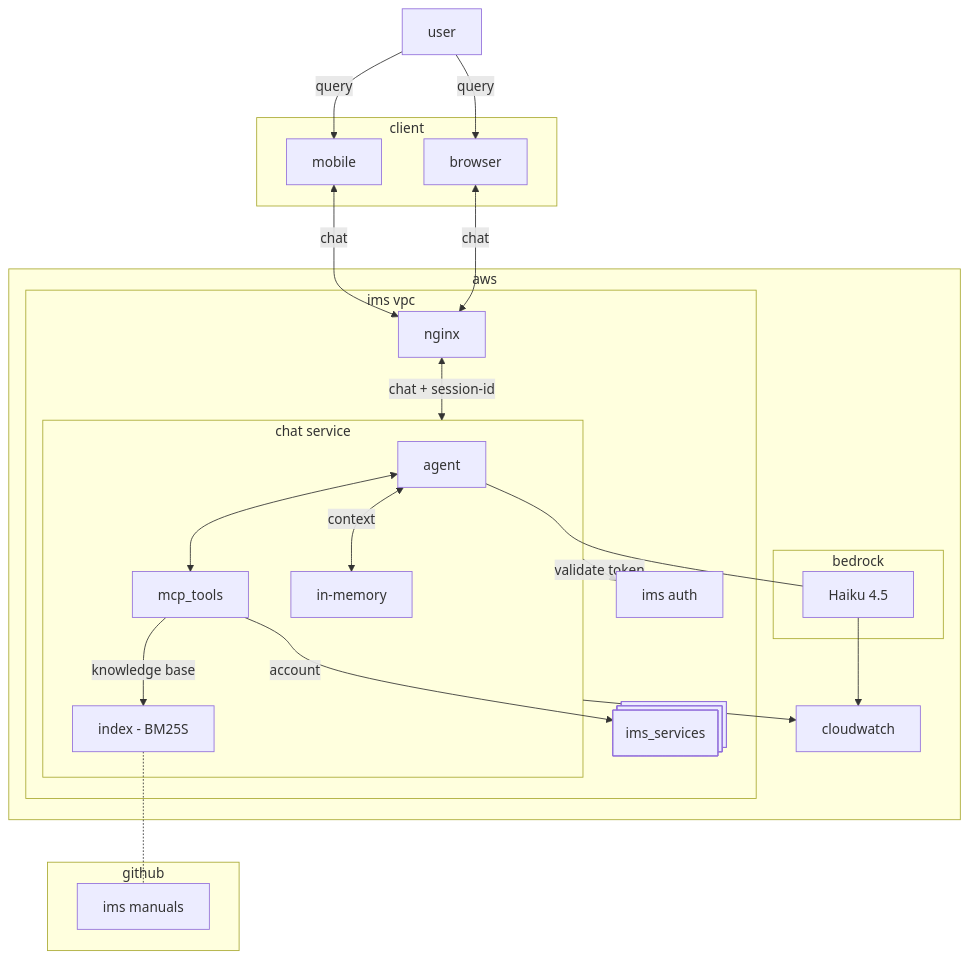
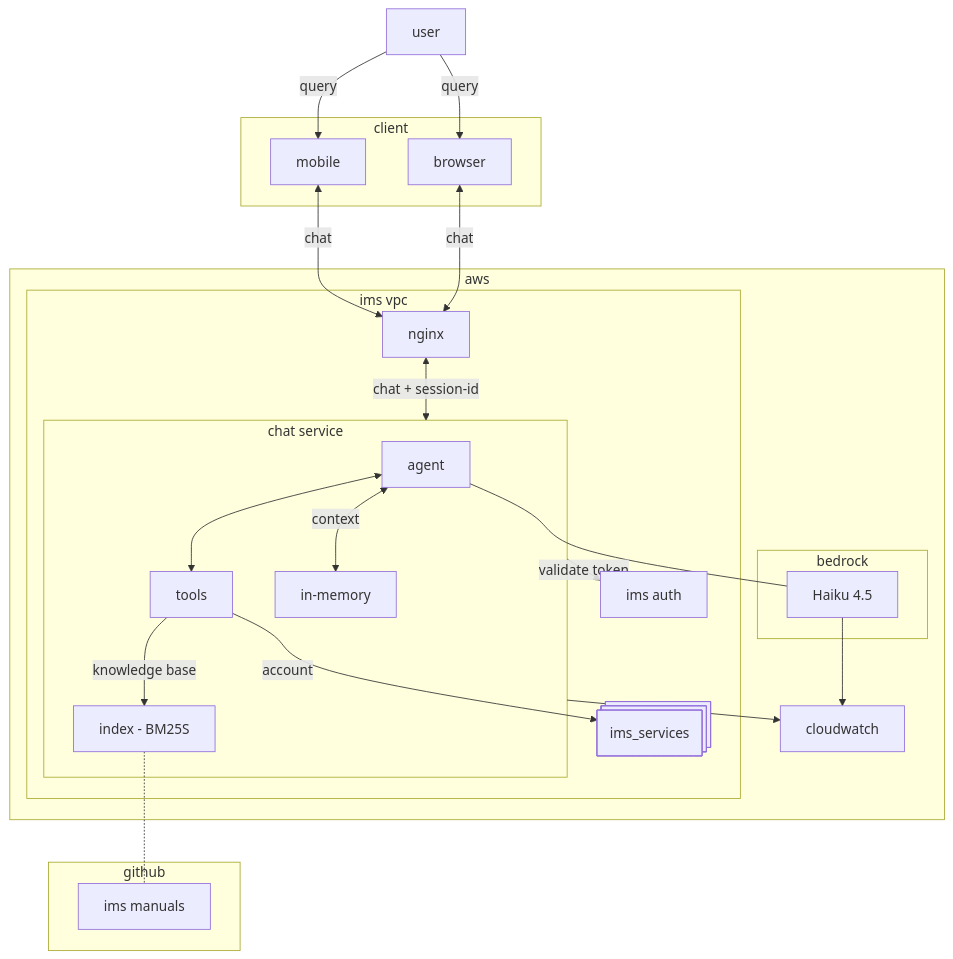
Before and after one commit to vikrantjain/nobious_chatbot: the first of 4 diagrams in docs/architecture.md, drawn with Mermaid. The commit also changed other lines of this file, not shown here.

Commit message:
removed mcp from architecture

````diff
--- a/docs/architecture.md
+++ b/docs/architecture.md
@@ -3,41 +3,41 @@
 ```mermaid
 flowchart TD
 subgraph client
     mobile
     browser
 end
 subgraph cloud [aws]
 subgraph vpc [ims vpc]
     subgraph webapp ["chat service"]
         agent[agent]
-        mcp_tools
+        tools
         memory[in-memory]
         docs_idx["index - BM25S"]
     end
     auth[ims auth]
     ims_services@{shape: processes}
     nginx
 end
 subgraph bedrock
 llm["Haiku 4.5"]
 end
 logging["cloudwatch"]
 end
 subgraph github
 docs["ims manuals"]
 end
 
 user --> |query| mobile
 user --> |query| browser
 mobile <--> |chat| nginx
 browser <--> |chat| nginx
 nginx <--> |chat + session-id| webapp
 agent --- llm
-agent <--> mcp_tools
+agent <--> tools
 agent <--> |context|memory
 webapp --> |validate token|auth
 webapp --> logging
 llm --> logging
-mcp_tools --> |account| ims_services
-mcp_tools --> |knowledge base|docs_idx -.- docs
+tools --> |account| ims_services
+tools --> |knowledge base|docs_idx -.- docs
 ```
````
